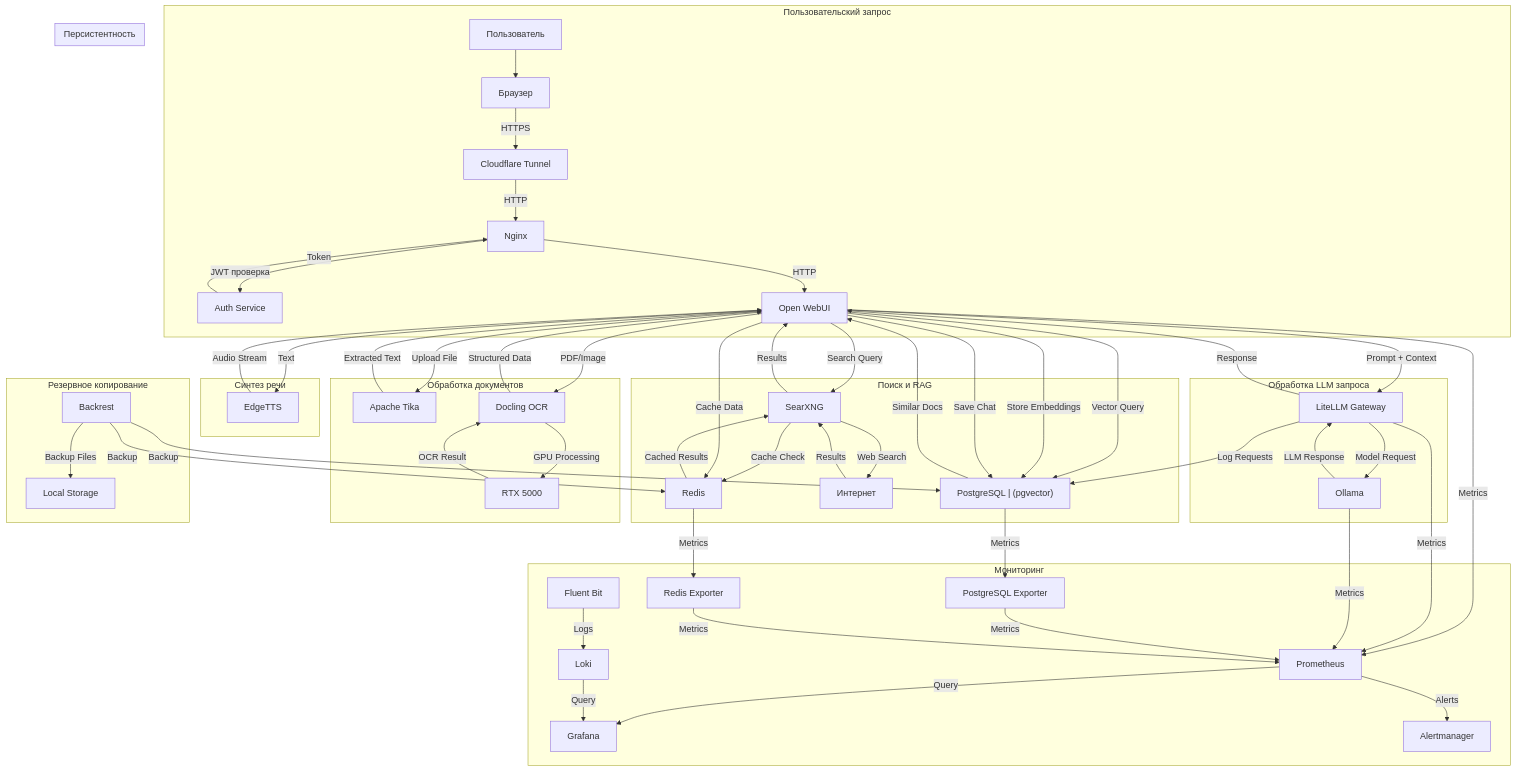
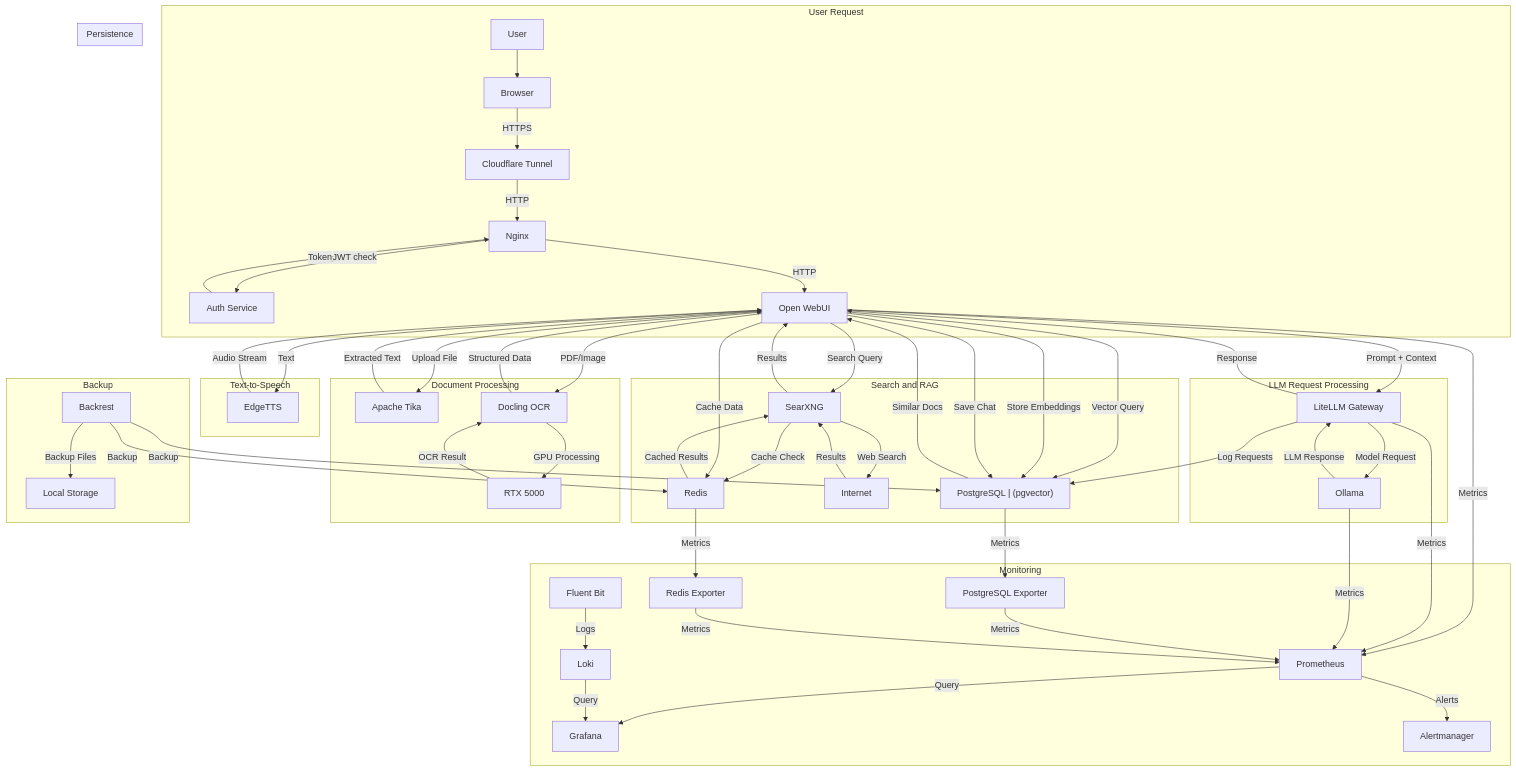
One commit to DIZ-admin/erni-ki changed the diagram in docs/architecture/diagrams/data-flow.md. Above: the diagram before and after it, drawn with Mermaid. The commit also changed other lines of this file and 61 other files, not shown here.

````diff
--- a/docs/architecture/diagrams/data-flow.md
+++ b/docs/architecture/diagrams/data-flow.md
@@ -12,75 +12,75 @@
 ```mermaid
 flowchart TB
-    subgraph UserRequest["Пользовательский запрос"]
-        User["Пользователь"] --> Browser["Браузер"]
+    subgraph UserRequest["User Request"]
+        User["User"] --> Browser["Browser"]
         Browser --> |"HTTPS"| CF["Cloudflare Tunnel"]
         CF --> |"HTTP"| Nginx["Nginx"]
-        Nginx --> |"JWT проверка"| Auth["Auth Service"]
+        Nginx --> |"JWT check"| Auth["Auth Service"]
         Auth --> |"Token"| Nginx
         Nginx --> |"HTTP"| OpenWebUI["Open WebUI"]
     end
 
-    subgraph LLMProcessing["Обработка LLM запроса"]
+    subgraph LLMProcessing["LLM Request Processing"]
         OpenWebUI --> |"Prompt + Context"| LiteLLM["LiteLLM Gateway"]
         LiteLLM --> |"Model Request"| Ollama["Ollama"]
         Ollama --> |"LLM Response"| LiteLLM
         LiteLLM --> |"Response"| OpenWebUI
     end
 
-    subgraph SearchRAG["Поиск и RAG"]
+    subgraph SearchRAG["Search and RAG"]
         OpenWebUI --> |"Search Query"| SearXNG["SearXNG"]
         SearXNG --> |"Cache Check"| Redis["Redis"]
         Redis --> |"Cached Results"| SearXNG
-        SearXNG --> |"Web Search"| Internet["Интернет"]
+        SearXNG --> |"Web Search"| Internet["Internet"]
         Internet --> |"Results"| SearXNG
         SearXNG --> |"Results"| OpenWebUI
 
         OpenWebUI --> |"Vector Query"| PostgreSQL["PostgreSQL | (pgvector)"]
         PostgreSQL --> |"Similar Docs"| OpenWebUI
     end
 
-    subgraph DocProcessing["Обработка документов"]
+    subgraph DocProcessing["Document Processing"]
         OpenWebUI --> |"Upload File"| Tika["Apache Tika"]
         Tika --> |"Extracted Text"| OpenWebUI
 
         OpenWebUI --> |"PDF/Image"| Docling["Docling OCR"]
         Docling --> |"GPU Processing"| GPU["RTX 5000"]
         GPU --> |"OCR Result"| Docling
         Docling --> |"Structured Data"| OpenWebUI
 
         OpenWebUI --> |"Store Embeddings"| PostgreSQL
     end
 
-    subgraph TTS["Синтез речи"]
+    subgraph TTS["Text-to-Speech"]
         OpenWebUI --> |"Text"| EdgeTTS["EdgeTTS"]
         EdgeTTS --> |"Audio Stream"| OpenWebUI
     end
 
-    subgraph Persistence["Персистентность"]
+    subgraph Persistence["Persistence"]
         OpenWebUI --> |"Save Chat"| PostgreSQL
         OpenWebUI --> |"Cache Data"| Redis
         LiteLLM --> |"Log Requests"| PostgreSQL
     end
 
-    subgraph Monitoring["Мониторинг"]
+    subgraph Monitoring["Monitoring"]
         OpenWebUI --> |"Metrics"| Prometheus["Prometheus"]
         LiteLLM --> |"Metrics"| Prometheus
         Ollama --> |"Metrics"| Prometheus
         PostgreSQL --> |"Metrics"| PostgresExporter["PostgreSQL Exporter"]
         PostgresExporter --> |"Metrics"| Prometheus
         Redis --> |"Metrics"| RedisExporter["Redis Exporter"]
         RedisExporter --> |"Metrics"| Prometheus
 
         Prometheus --> |"Query"| Grafana["Grafana"]
         Prometheus --> |"Alerts"| Alertmanager["Alertmanager"]
 
         FluentBit["Fluent Bit"] --> |"Logs"| Loki["Loki"]
         Loki --> |"Query"| Grafana
     end
 
-    subgraph Backup["Резервное копирование"]
+    subgraph Backup["Backup"]
         Backrest["Backrest"] --> |"Backup"| PostgreSQL
         Backrest --> |"Backup"| Redis
         Backrest --> |"Backup Files"| Storage["Local Storage"]
     end
 ```
````
